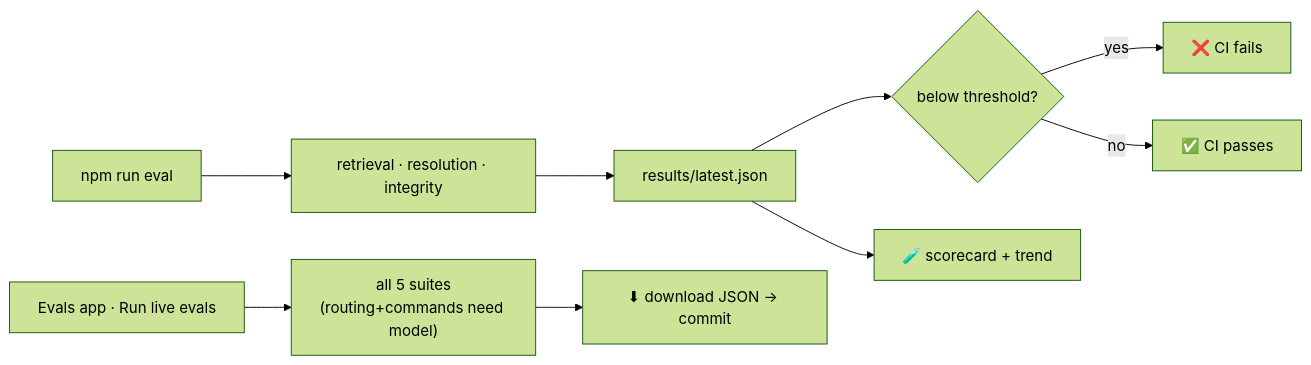
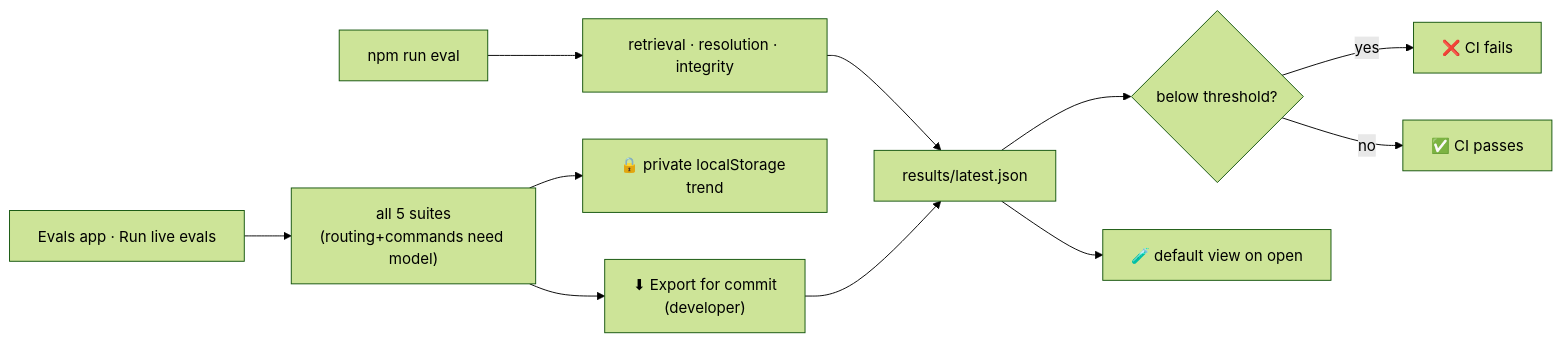
The fourth of 4 diagrams in docs/architecture/assistant-evals-architecture.md (andreped/AndreOS), drawn with Mermaid (forest theme) before and after one commit. The commit also changed other lines of this file and 6 other files, not shown here.

Commit message:
feat: Include eval run json; add smart fetch and export options (#39)

````diff
--- a/docs/architecture/assistant-evals-architecture.md
+++ b/docs/architecture/assistant-evals-architecture.md
@@ -194,12 +210,14 @@
 ```mermaid
 flowchart LR
     NPM["npm run eval"] --> DETS["retrieval · resolution · integrity"]
     DETS --> FILE["results/latest.json"]
     FILE --> CIG{"below threshold?"}
     CIG -->|yes| FAIL["❌ CI fails"]
     CIG -->|no| PASS["✅ CI passes"]
 
     BTN["Evals app · Run live evals"] --> ALL["all 5 suites<br/>(routing+commands need model)"]
-    ALL --> DL["⬇ download JSON → commit"]
-    FILE --> APPVIEW["🧪 scorecard + trend"]
+    ALL --> LS["🔒 private localStorage trend"]
+    ALL --> EXP["⬇ Export for commit<br/>(developer)"]
+    EXP --> FILE
+    FILE --> APPVIEW["🧪 default view on open"]
 ```
````
